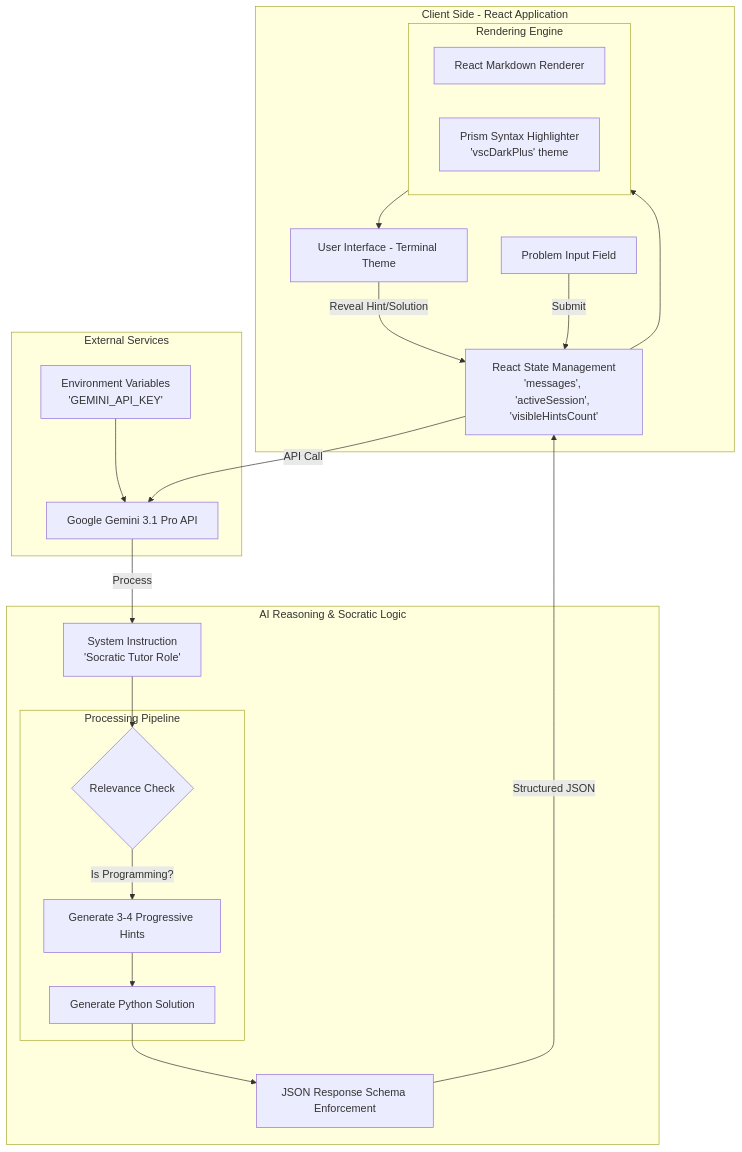
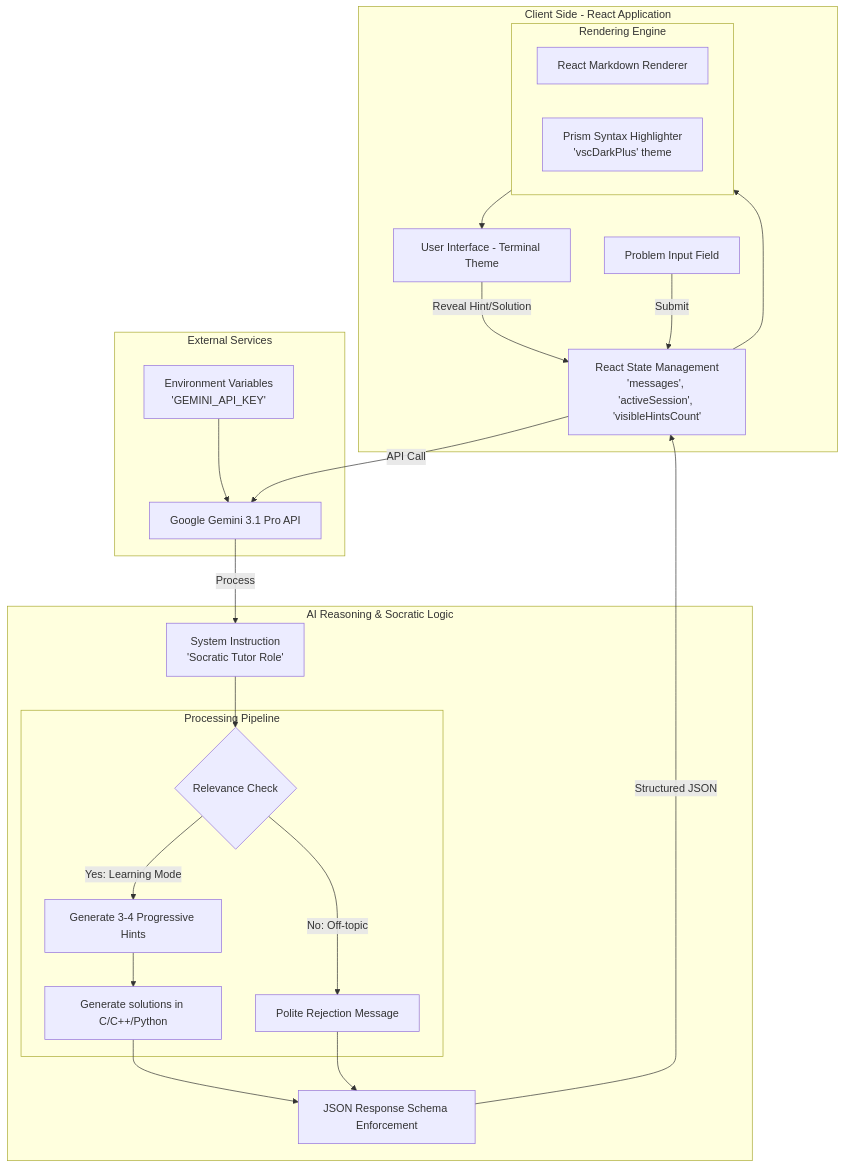
The diagram in README.md (MTE1991/HintFlow), drawn with Mermaid before and after one commit.

Commit message:
docs: Update README with expanded solution generation
Update the architecture diagram in the README to reflect that the AI can now generate solutions in C/C++/Python, not just Python. Also, add a new "Polite Rejection Message" node to the pipeline for off-topic requests.

````diff
--- a/README.md
+++ b/README.md
@@ -80,42 +80,45 @@
 ```mermaid
 graph TB
     subgraph Client [Client Side - React Application]
         UI[User Interface - Terminal Theme]
         Input[Problem Input Field]
         State[React State Management<br/>'messages', 'activeSession', 'visibleHintsCount']
         
         subgraph Rendering [Rendering Engine]
             Markdown[React Markdown Renderer]
             Syntax[Prism Syntax Highlighter<br/>'vscDarkPlus' theme]
         end
     end
 
     subgraph API [External Services]
         Gemini[Google Gemini 3.1 Pro API]
         Env[Environment Variables<br/>'GEMINI_API_KEY']
     end
 
     subgraph Logic [AI Reasoning & Socratic Logic]
         SysInst[System Instruction<br/>'Socratic Tutor Role']
         Schema[JSON Response Schema Enforcement]
         
         subgraph Pipeline [Processing Pipeline]
             RelCheck{Relevance Check}
             GenHints[Generate 3-4 Progressive Hints]
-            GenSol[Generate Python Solution]
+            GenSol[Generate solutions in C/C++/Python]
+            Reject[Polite Rejection Message]
         end
     end
 
     Input -->|Submit| State
     State -->|API Call| Gemini
     Env --> Gemini
     Gemini -->|Process| SysInst
     SysInst --> RelCheck
-    RelCheck -->|Is Programming?| GenHints
+    RelCheck -->|Yes: Learning Mode| GenHints
+    RelCheck -->|No: Off-topic| Reject
     GenHints --> GenSol
     GenSol --> Schema
+    Reject --> Schema
     Schema -->|Structured JSON| State
     State --> Rendering
     Rendering --> UI
     UI -->|Reveal Hint/Solution| State
 ```
````
